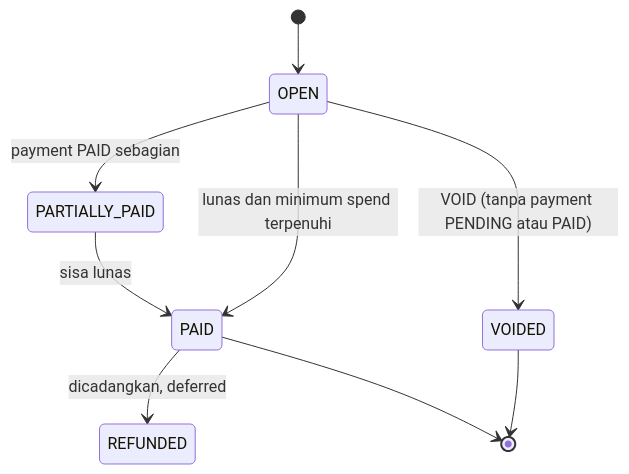
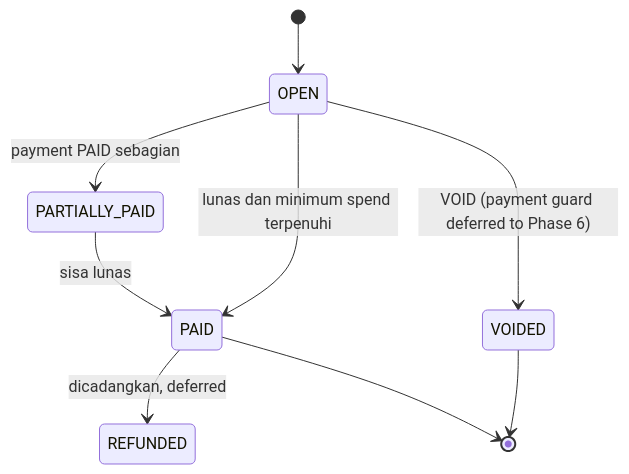
One commit to ranggautama47/nightvenue-backend changed diagram 13 of 18 in docs/UML.md. Above: the diagram before and after it, drawn with Mermaid. The commit also changed other lines of this file and 7 other files, not shown here.

````diff
--- a/docs/UML.md
+++ b/docs/UML.md
@@ -547,11 +543,11 @@
 ```mermaid
 stateDiagram-v2
     [*] --> OPEN
     OPEN --> PARTIALLY_PAID : payment PAID sebagian
     OPEN --> PAID : lunas dan minimum spend terpenuhi
     PARTIALLY_PAID --> PAID : sisa lunas
-    OPEN --> VOIDED : VOID (tanpa payment PENDING atau PAID)
+    OPEN --> VOIDED : VOID (payment guard deferred to Phase 6)
     PAID --> REFUNDED : dicadangkan, deferred
     VOIDED --> [*]
     PAID --> [*]
 ```
````
